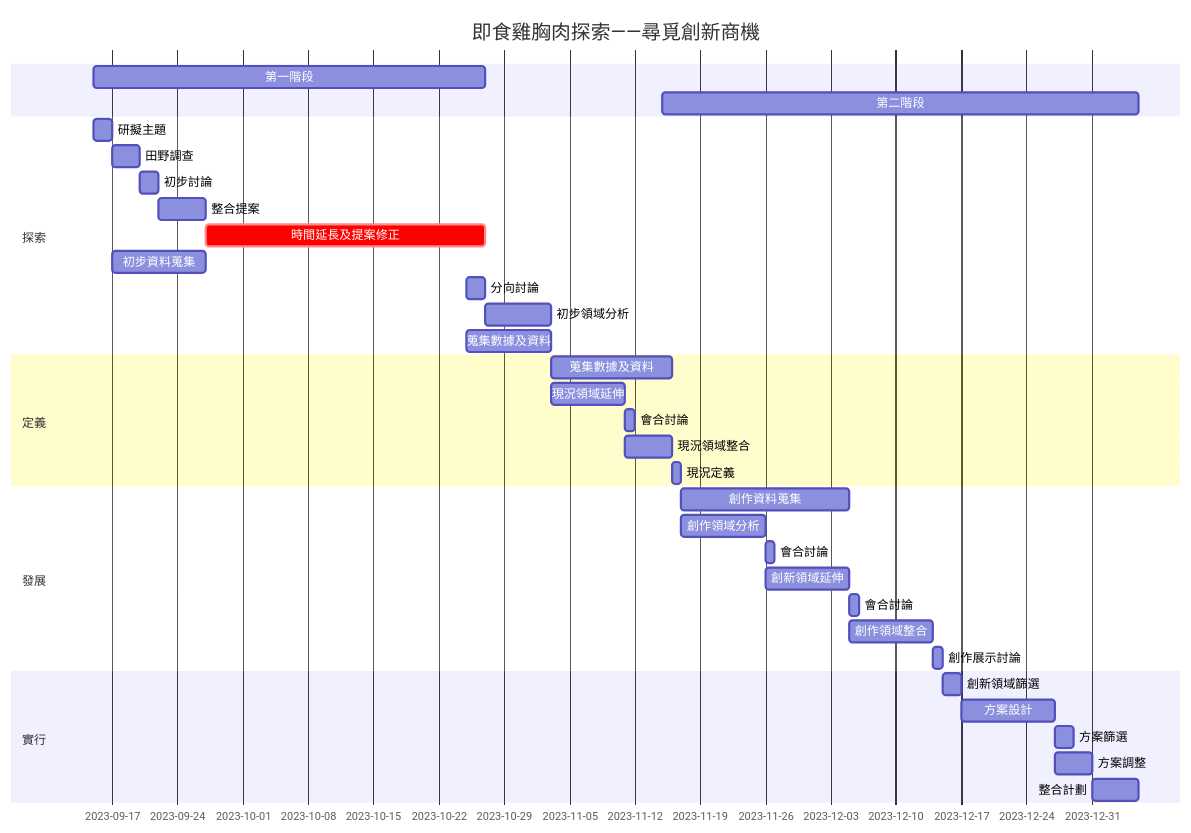
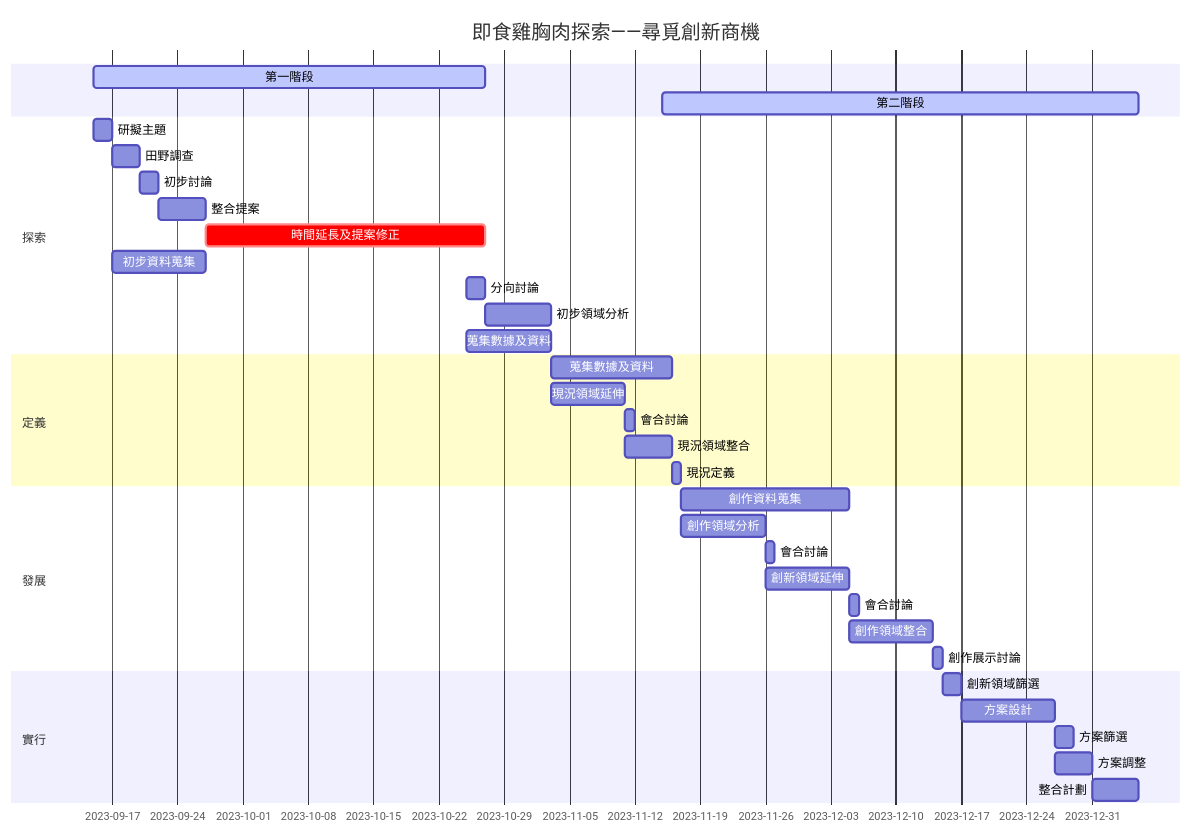
One commit to C110134148/T15nT1 changed the second of 2 diagrams in README.md. Above: the diagram before and after it, drawn with Mermaid.

Commit message:
Update README.md gratt

````diff
--- a/README.md
+++ b/README.md
@@ -55,42 +55,42 @@
 ```mermaid
     gantt
         title 即食雞胸肉探索——尋覓創新商機
 
-第一階段    : c1, 2023-09-15 ,42d
-第二階段    : c2, 2023-11-15 ,51d
+第一階段    : active,c1, 2023-09-15 ,42d
+第二階段    : active,c2, 2023-11-15 ,51d
 todayMarker off
 section 探索
         研擬主題     : a1, 2023-09-15 ,2d
         田野調查     : a2, after a1 , 3d
         初步討論     : a4, after a2 , 2d
         整合提案     : a5, after a4 , 5d
 
         時間延長及提案修正  :crit, a25, after a5 , 30d
 
         初步資料蒐集    : a3, after a1 , 10d
         分向討論     : a6, 2023-10-25 , 2d
         初步領域分析     : a8 ,after a6 , 7d
 
         蒐集數據及資料 : a7, 2023-10-25 , 9d
 section 定義
         蒐集數據及資料 : a26, after a7 , 13d
         現況領域延伸     : a9, after a8 , 8d
         會合討論     : a10, after a9 , 1d
         現況領域整合     : a11, after a9 , 5d
         現況定義 : a12, after a11 , 1d
 section 發展
         創作資料蒐集     : a13 ,after a12 , 18d
         創作領域分析: a14 ,after a12 , 9d
         會合討論     : a16, after a14 , 1d
         創新領域延伸   : a15, after a14 ,9d
         會合討論: a18 ,after a15 , 1d
         創作領域整合: a17 ,after a15 , 9d
         創作展示討論: a19 ,after a17 , 1d
 
 section 實行
 創新領域篩選: a20 ,after a19 , 2d
 方案設計: a21 ,after a20 , 10d
 方案篩選: a22 ,after a21 , 2d
 方案調整: a23 ,after a21 , 4d
 整合計劃: a24 ,after a23 , 5d
 ```
````
